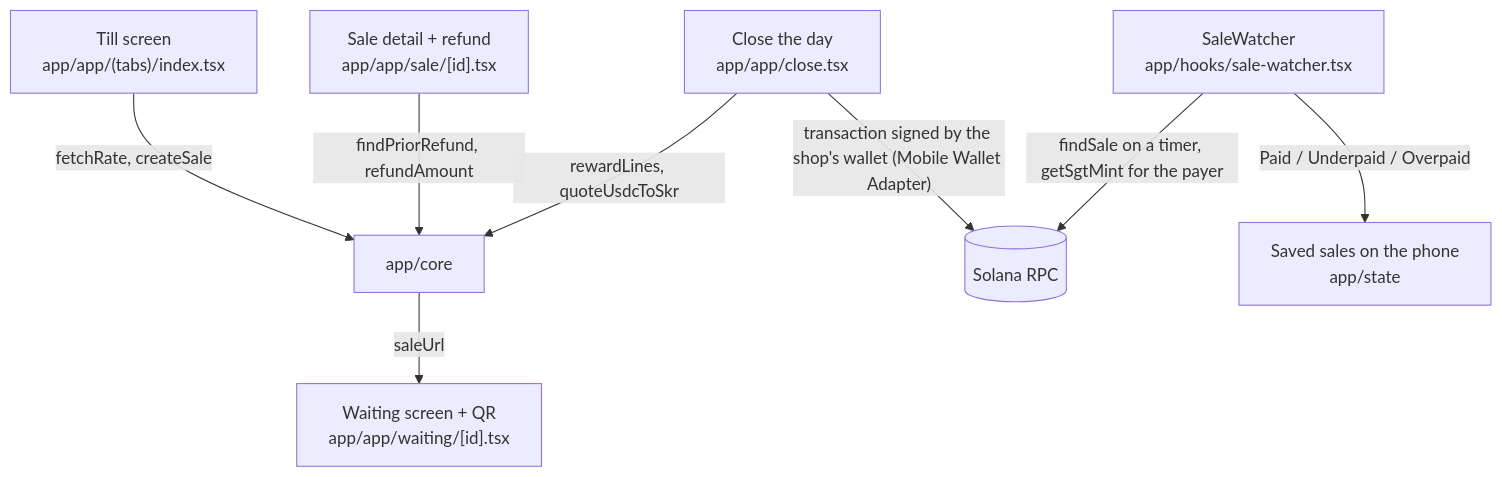
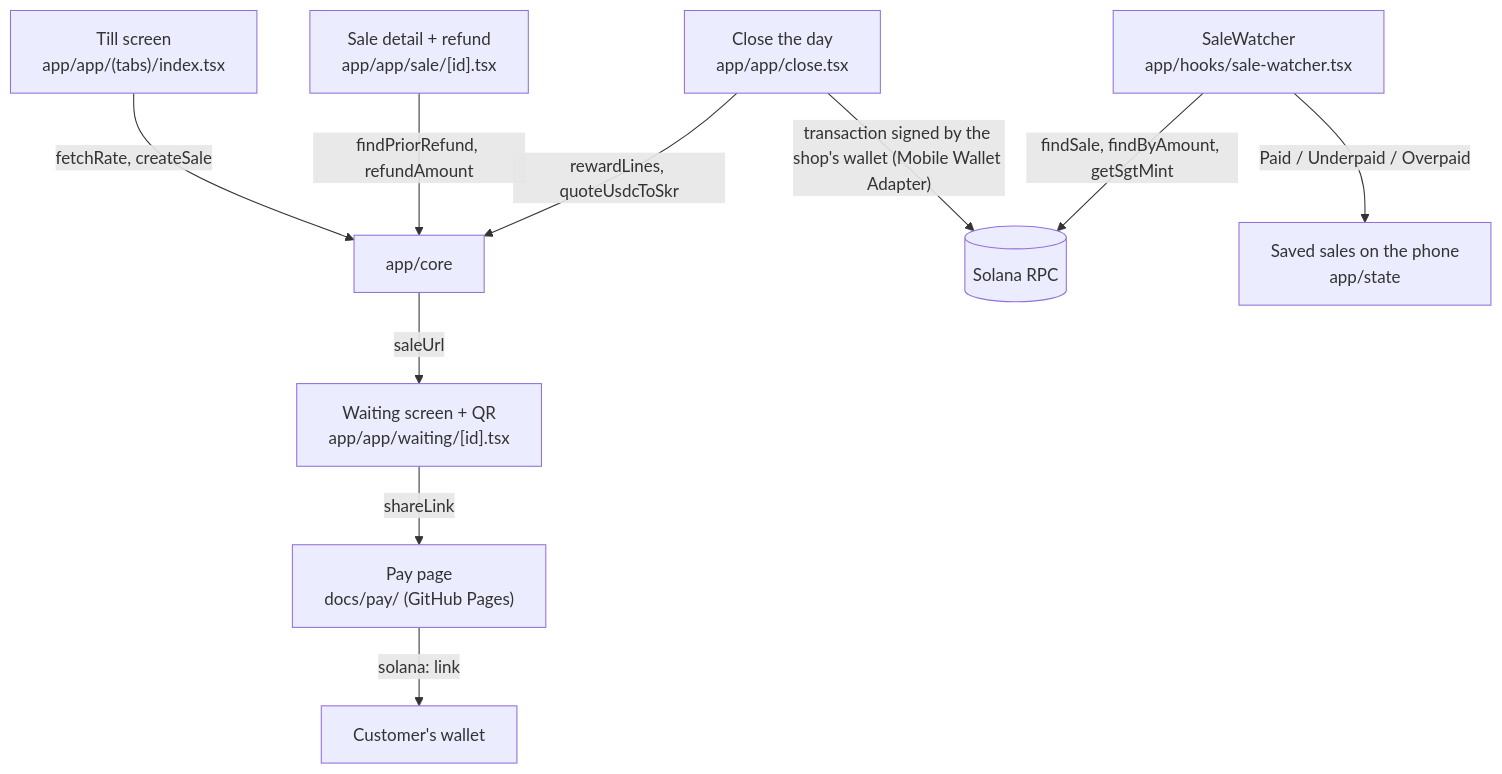
Before and after one commit to Yonkoo11/kobo-till: the diagram in README.md, drawn with Mermaid. The commit also changed other lines of this file and 11 other files, not shown here.

Commit message:
README: hero and framed screens from the mainnet sale, payment link section, mainnet headline result, updated tests and layout; demo video and deck in the repo; pay page shows the who-sent-this note before the QR

````diff
--- a/README.md
+++ b/README.md
@@ -111,10 +139,12 @@
 ```mermaid
 flowchart TB
   till["Till screen<br/>app/app/(tabs)/index.tsx"] -- "fetchRate, createSale" --> core["app/core"]
   core -- "saleUrl" --> qr["Waiting screen + QR<br/>app/app/waiting/[id].tsx"]
-  watcher["SaleWatcher<br/>app/hooks/sale-watcher.tsx"] -- "findSale on a timer, getSgtMint for the payer" --> rpc[("Solana RPC")]
+  qr -- "shareLink" --> page["Pay page<br/>docs/pay/ (GitHub Pages)"]
+  page -- "solana: link" --> wallet["Customer's wallet"]
+  watcher["SaleWatcher<br/>app/hooks/sale-watcher.tsx"] -- "findSale, findByAmount, getSgtMint" --> rpc[("Solana RPC")]
   watcher -- "Paid / Underpaid / Overpaid" --> store["Saved sales on the phone<br/>app/state"]
   close["Close the day<br/>app/app/close.tsx"] -- "rewardLines, quoteUsdcToSkr" --> core
   close -- "transaction signed by the shop's wallet (Mobile Wallet Adapter)" --> rpc
   refund["Sale detail + refund<br/>app/app/sale/[id].tsx"] -- "findPriorRefund, refundAmount" --> core
 ```
````
